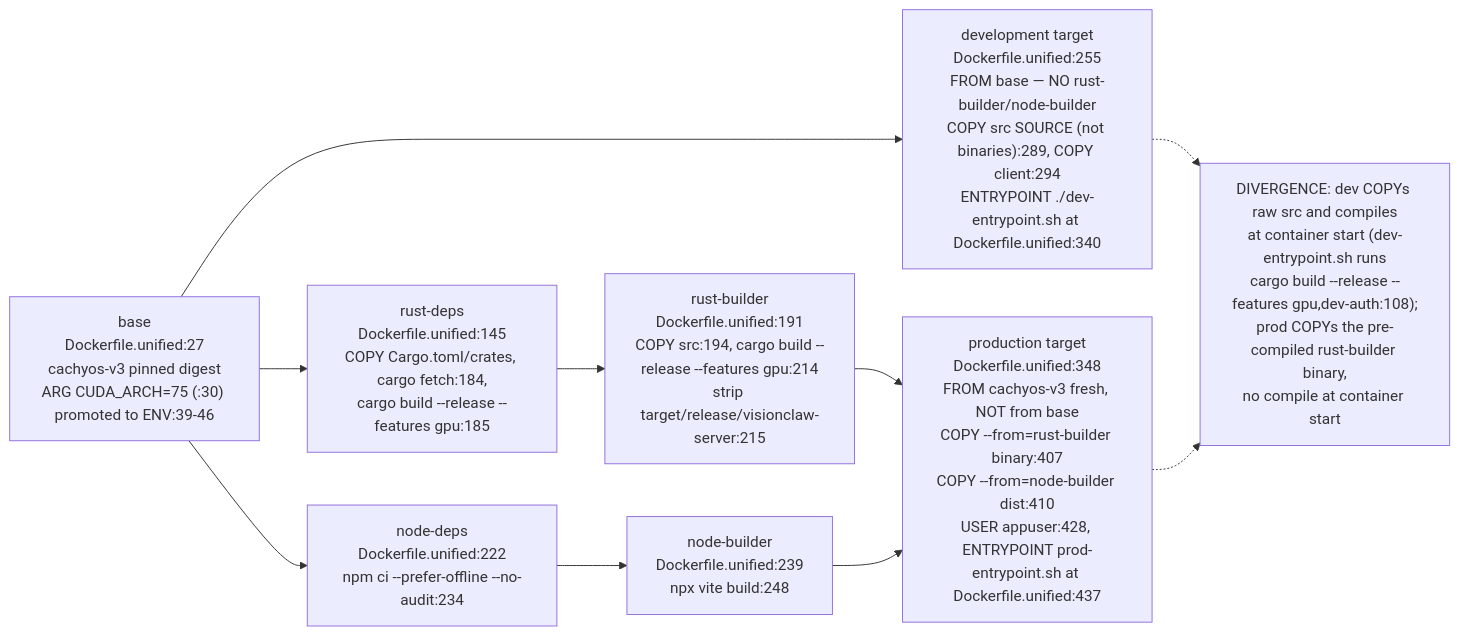
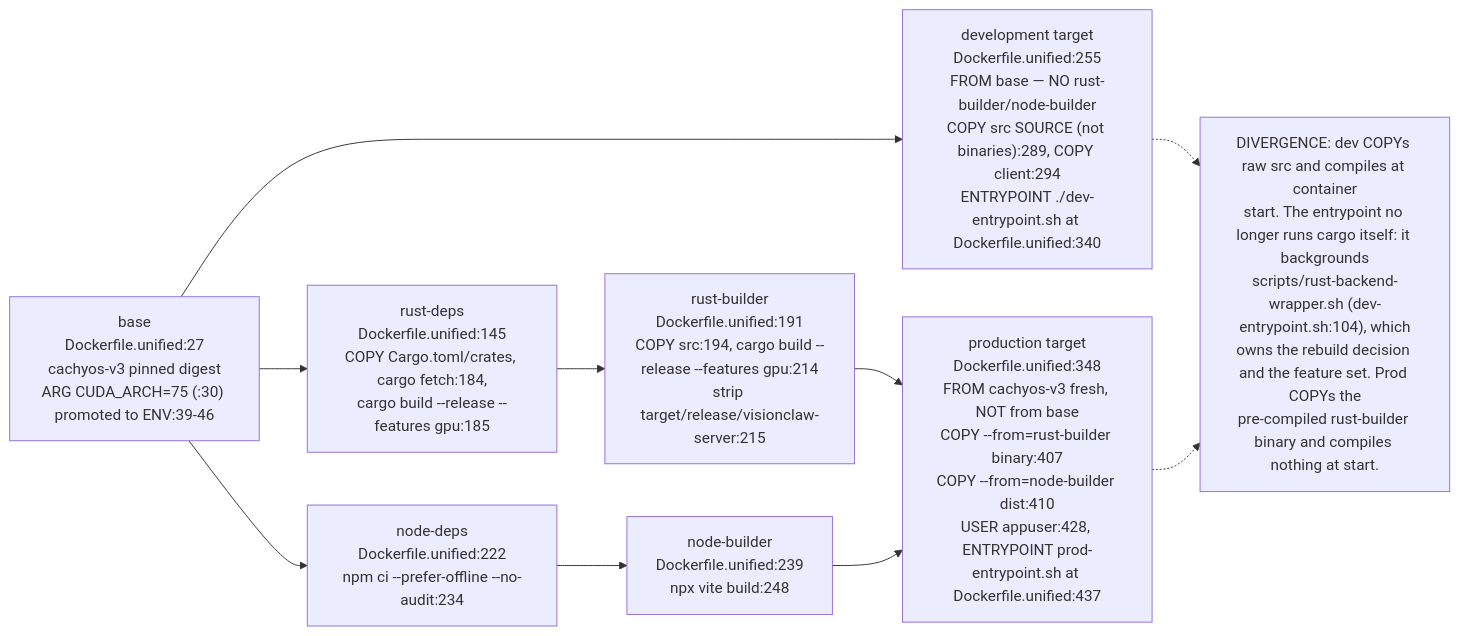
Before and after one commit to DreamLab-AI/VisionFlow: the third of 23 diagrams in docs/diagrams/estate/09-build-deploy-and-ci-estate.md, drawn with Mermaid. The commit also changed other lines of this file and 12 other files, not shown here.

````diff
--- a/docs/diagrams/estate/09-build-deploy-and-ci-estate.md
+++ b/docs/diagrams/estate/09-build-deploy-and-ci-estate.md
@@ -148,20 +148,20 @@
 ```mermaid
 flowchart LR
     BASE["base<br/>Dockerfile.unified:27<br/>cachyos-v3 pinned digest<br/>ARG CUDA_ARCH=75 (:30) promoted to ENV:39-46"]
     RUSTDEPS["rust-deps<br/>Dockerfile.unified:145<br/>COPY Cargo.toml/crates, cargo fetch:184,<br/>cargo build --release --features gpu:185"]
     RUSTBUILD["rust-builder<br/>Dockerfile.unified:191<br/>COPY src:194, cargo build --release --features gpu:214<br/>strip target/release/visionclaw-server:215"]
     NODEDEPS["node-deps<br/>Dockerfile.unified:222<br/>npm ci --prefer-offline --no-audit:234"]
     NODEBUILD["node-builder<br/>Dockerfile.unified:239<br/>npx vite build:248"]
     DEV["development target<br/>Dockerfile.unified:255<br/>FROM base — NO rust-builder/node-builder<br/>COPY src SOURCE (not binaries):289, COPY client:294<br/>ENTRYPOINT ./dev-entrypoint.sh at Dockerfile.unified:340"]
     PROD["production target<br/>Dockerfile.unified:348<br/>FROM cachyos-v3 fresh, NOT from base<br/>COPY --from=rust-builder binary:407<br/>COPY --from=node-builder dist:410<br/>USER appuser:428, ENTRYPOINT prod-entrypoint.sh at Dockerfile.unified:437"]
 
     BASE --> RUSTDEPS --> RUSTBUILD
     BASE --> NODEDEPS --> NODEBUILD
     BASE --> DEV
     RUSTBUILD --> PROD
     NODEBUILD --> PROD
 
-    DIVERGE["DIVERGENCE: dev COPYs raw src and compiles<br/>at container start (dev-entrypoint.sh runs<br/>cargo build --release --features gpu,dev-auth:108);<br/>prod COPYs the pre-compiled rust-builder binary,<br/>no compile at container start"]
+    DIVERGE["DIVERGENCE: dev COPYs raw src and compiles at container<br/>start. The entrypoint no longer runs cargo itself: it backgrounds<br/>scripts/rust-backend-wrapper.sh (dev-entrypoint.sh:104), which<br/>owns the rebuild decision and the feature set. Prod COPYs the<br/>pre-compiled rust-builder binary and compiles nothing at start."]
     DEV -.-> DIVERGE
     PROD -.-> DIVERGE
 ```
````
